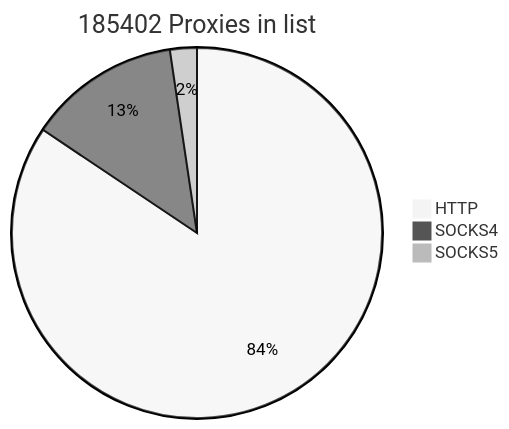
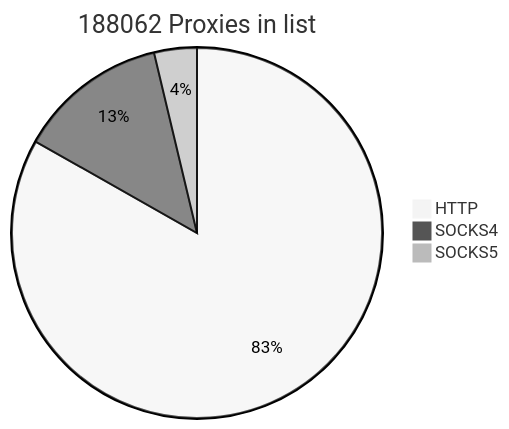
The first of 2 diagrams in README.md (cutipu/proxylist), drawn with Mermaid (neutral theme) before and after one commit. The commit also changed other lines of this file, not shown here.

````diff
--- a/README.md
+++ b/README.md
@@ -2,7 +2,7 @@
 ```mermaid
-pie title 185402 Proxies in list
+pie title 188062 Proxies in list
     "HTTP" : 156473
     "SOCKS4" : 24580
-    "SOCKS5" : 4349
+    "SOCKS5" : 7009
             
 ```
````
